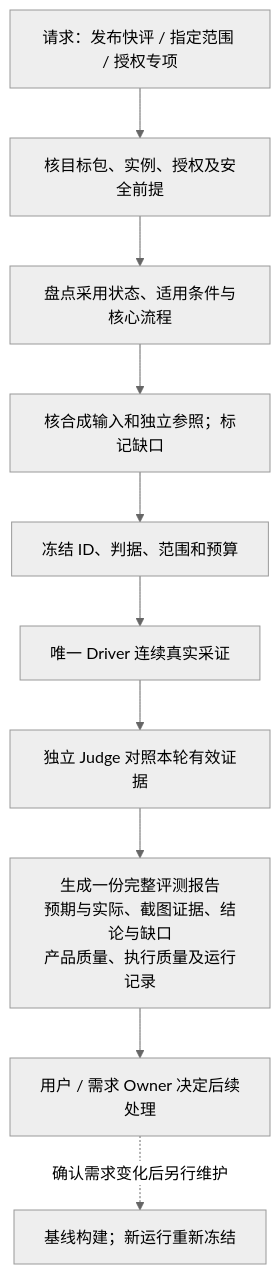
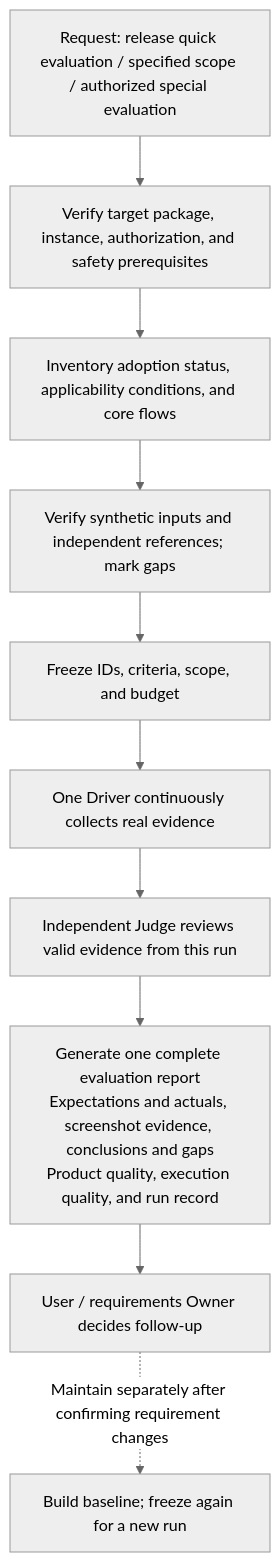
One commit to alibaba-damo-academy/ScholarSeed changed the third of 3 diagrams in apps/desktop/docs/architecture/evaluation.md. Above: the diagram before and after it, drawn with Mermaid (neutral theme). The commit also changed other lines of this file and 96 other files, not shown here.

````diff
--- a/apps/desktop/docs/architecture/evaluation.md
+++ b/apps/desktop/docs/architecture/evaluation.md
@@ -133,12 +113,12 @@
 ```mermaid
 flowchart TD
-    Request["请求：发布快评 / 指定范围 / 授权专项"] --> Identify["核目标包、实例、授权及安全前提"]
-    Identify --> Scope["盘点采用状态、适用条件与核心流程"]
-    Scope --> Ready["核合成输入和独立参照；标记缺口"]
-    Ready --> FreezeRun["冻结 ID、判据、范围和预算"]
-    FreezeRun --> Capture["唯一 Driver 连续真实采证"]
-    Capture --> Review["独立 Judge 对照本轮有效证据"]
-    Review --> ReportRun["生成一份完整评测报告<br/>预期与实际、截图证据、结论与缺口<br/>产品质量、执行质量及运行记录"]
-    ReportRun --> Decision["用户 / 需求 Owner 决定后续处理"]
-    Decision -. "确认需求变化后另行维护" .-> BuildAgain["基线构建；新运行重新冻结"]
+    Request["Request: release quick evaluation / specified scope / authorized special evaluation"] --> Identify["Verify target package, instance, authorization, and safety prerequisites"]
+    Identify --> Scope["Inventory adoption status, applicability conditions, and core flows"]
+    Scope --> Ready["Verify synthetic inputs and independent references; mark gaps"]
+    Ready --> FreezeRun["Freeze IDs, criteria, scope, and budget"]
+    FreezeRun --> Capture["One Driver continuously collects real evidence"]
+    Capture --> Review["Independent Judge reviews valid evidence from this run"]
+    Review --> ReportRun["Generate one complete evaluation report<br/>Expectations and actuals, screenshot evidence, conclusions and gaps<br/>Product quality, execution quality, and run record"]
+    ReportRun --> Decision["User / requirements Owner decides follow-up"]
+    Decision -. "Maintain separately after confirming requirement changes" .-> BuildAgain["Build baseline; freeze again for a new run"]
 ```
````
